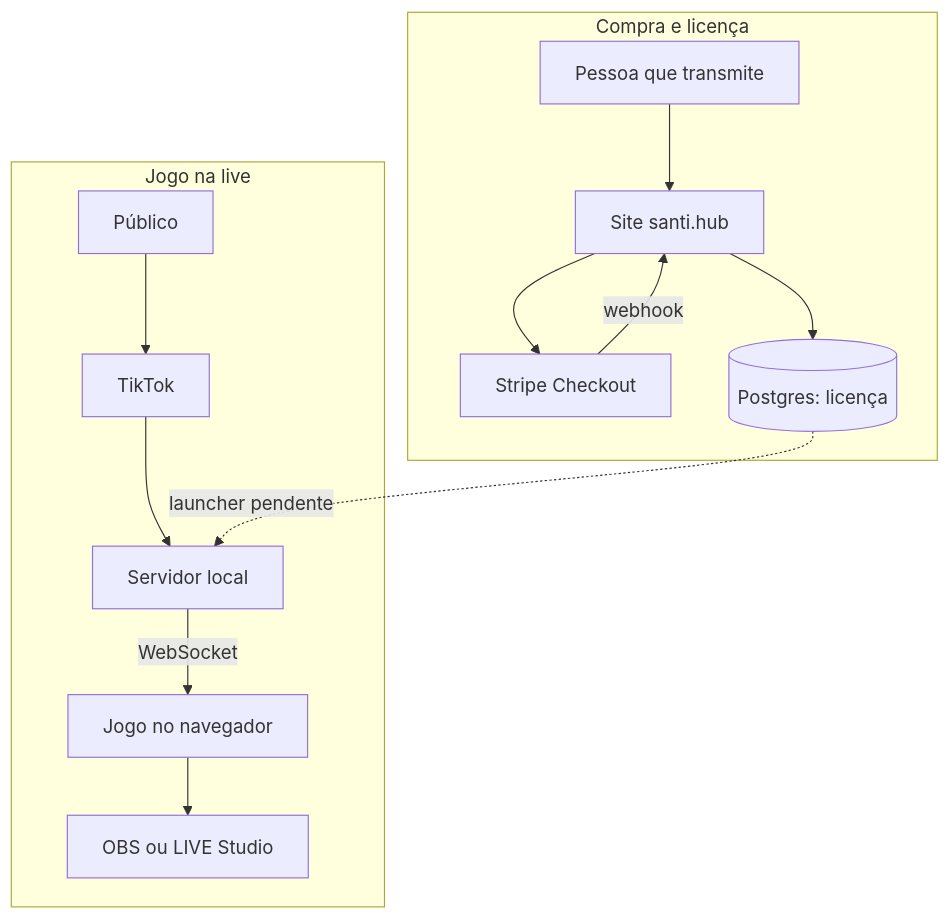
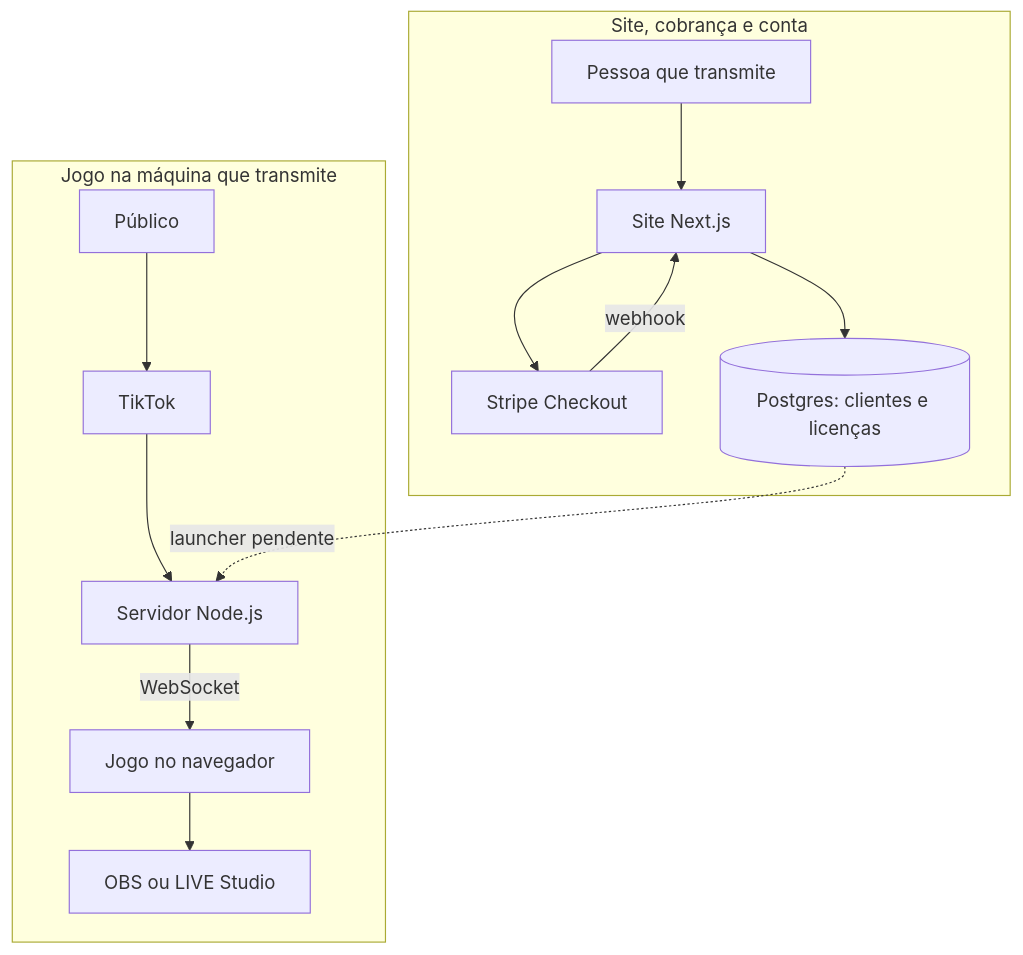
Before and after one commit to theuzao/santi-hub-docs: the first of 4 diagrams in README.md, drawn with Mermaid. The commit also changed other lines of this file and 2 other files, not shown here.

Commit message:
docs: abrir README com telas e ampliar diagramas

````diff
--- a/README.md
+++ b/README.md
@@ -21,16 +61,16 @@
 ```mermaid
 flowchart TB
-  subgraph Conta[Compra e licença]
-    Pessoa[Pessoa que transmite] --> Site[Site santi.hub]
+  subgraph Conta[Site, cobrança e conta]
+    Pessoa[Pessoa que transmite] --> Site[Site Next.js]
     Site --> Stripe[Stripe Checkout]
     Stripe -->|webhook| Site
-    Site --> Banco[(Postgres: licença)]
+    Site --> Banco[(Postgres: clientes e licenças)]
   end
-  subgraph Partida[Jogo na live]
+  subgraph Partida[Jogo na máquina que transmite]
     Publico[Público] --> TikTok[TikTok]
-    TikTok --> Servidor[Servidor local]
+    TikTok --> Servidor[Servidor Node.js]
     Servidor -->|WebSocket| Jogo[Jogo no navegador]
     Jogo --> OBS[OBS ou LIVE Studio]
   end
   Banco -. launcher pendente .-> Servidor
 ```
````
